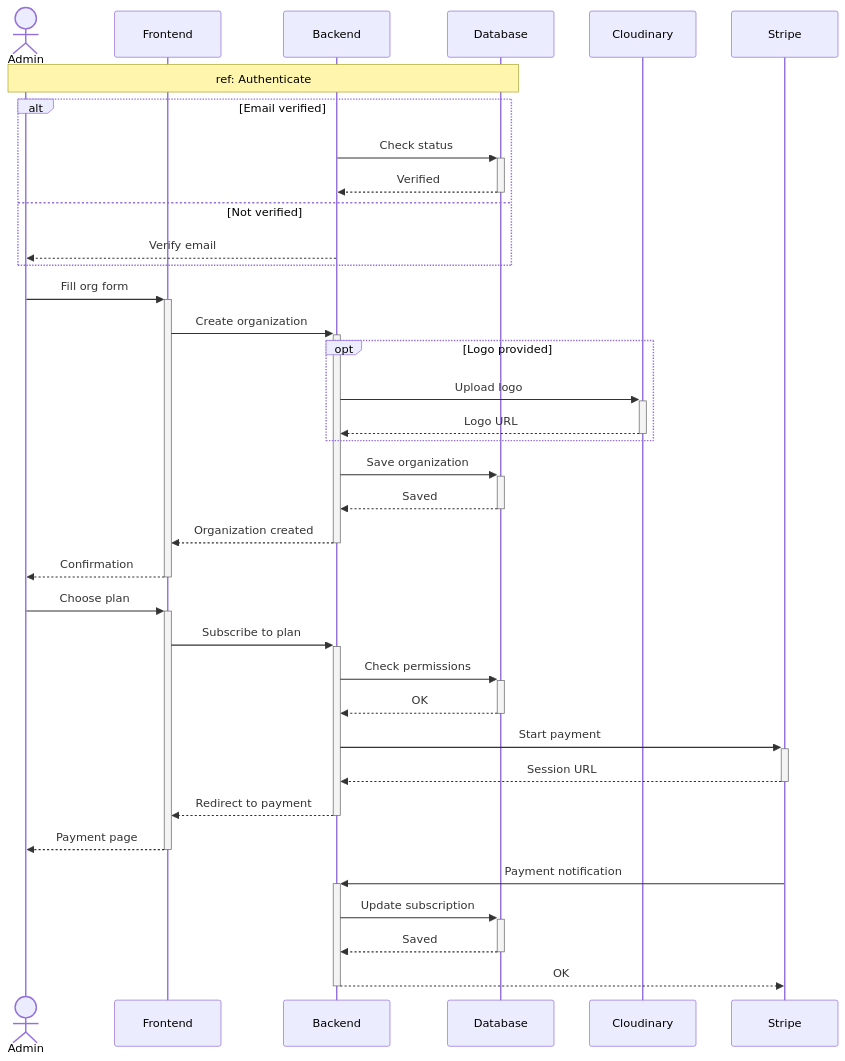
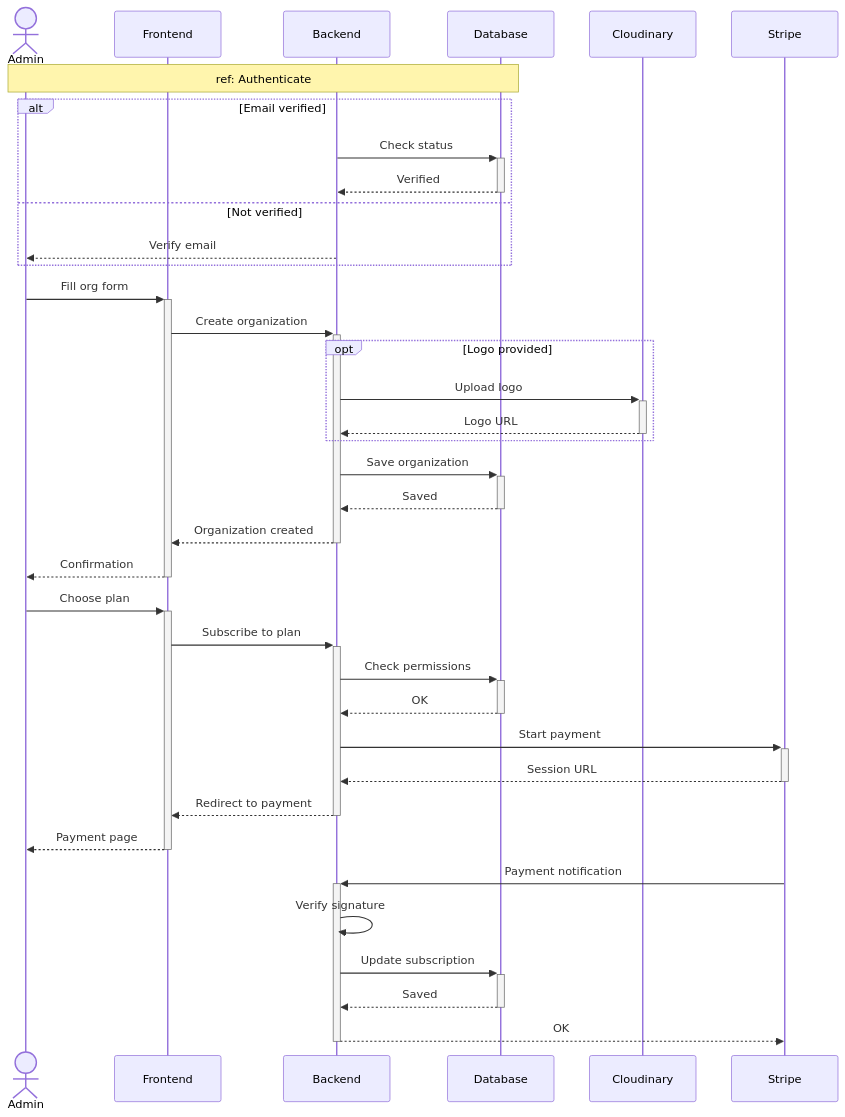
The fourth of 16 diagrams in docs/SEQUENCE_DIAGRAMS.md (MohamedChebbi123/teamnest), drawn with Mermaid before and after one commit. The commit also changed other lines of this file, not shown here.

````diff
--- a/docs/SEQUENCE_DIAGRAMS.md
+++ b/docs/SEQUENCE_DIAGRAMS.md
@@ -162,43 +164,44 @@
 ```mermaid
 sequenceDiagram
     actor Admin
     participant FE as Frontend
     participant API as Backend
     participant DB as Database
     participant Cloud as Cloudinary
     participant Stripe
 
     Note over Admin,DB: ref: Authenticate
 
     alt Email verified
         API->>+DB: Check status
         DB-->>-API: Verified
     else Not verified
         API-->>Admin: Verify email
     end
 
     Admin->>+FE: Fill org form
     FE->>+API: Create organization
     opt Logo provided
         API->>+Cloud: Upload logo
         Cloud-->>-API: Logo URL
     end
     API->>+DB: Save organization
     DB-->>-API: Saved
     API-->>-FE: Organization created
     FE-->>-Admin: Confirmation
 
     Admin->>+FE: Choose plan
     FE->>+API: Subscribe to plan
     API->>+DB: Check permissions
     DB-->>-API: OK
     API->>+Stripe: Start payment
     Stripe-->>-API: Session URL
     API-->>-FE: Redirect to payment
     FE-->>-Admin: Payment page
 
     Stripe->>+API: Payment notification
+    API->>API: Verify signature
     API->>+DB: Update subscription
     DB-->>-API: Saved
     API-->>-Stripe: OK
 ```
````
